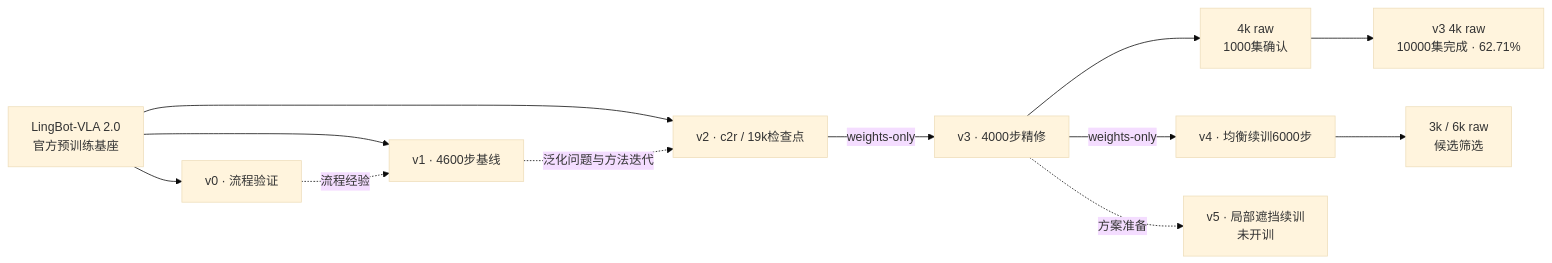
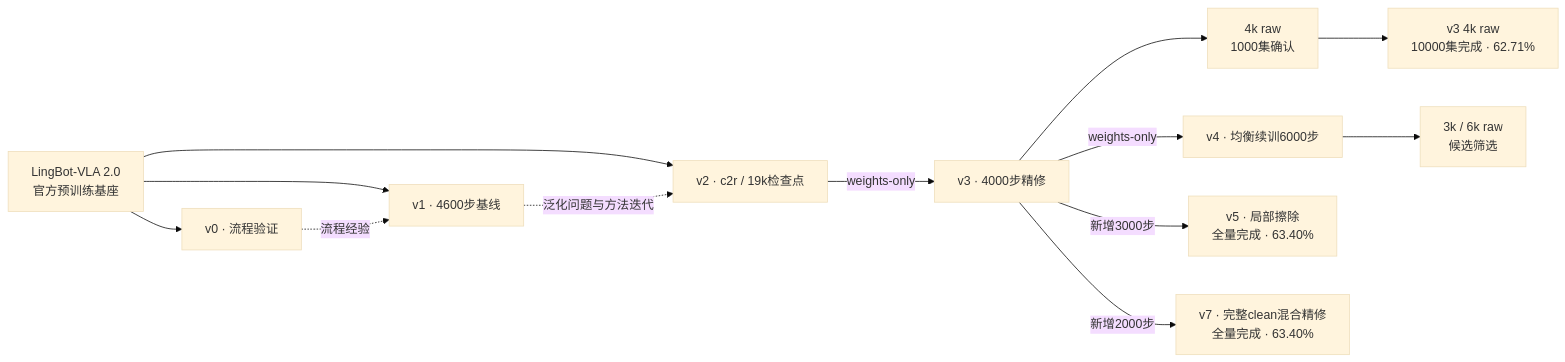
One commit to tlysanhuo/lingbot-vla-challenge changed the first of 2 diagrams in README.md. Above: the diagram before and after it, drawn with Mermaid (base theme). The commit also changed other lines of this file, not shown here.

Commit message:
Update final checkpoint lineage diagram

````diff
--- a/README.md
+++ b/README.md
@@ -103,15 +103,16 @@
 ```mermaid
 flowchart LR
     Base[LingBot-VLA 2.0<br/>官方预训练基座]
     Base --> V0[v0 · 流程验证]
     Base --> V1[v1 · 4600步基线]
     Base --> V2[v2 · c2r / 19k检查点]
     V2 -->|weights-only| V3[v3 · 4000步精修]
     V0 -.流程经验.-> V1
     V1 -.泛化问题与方法迭代.-> V2
     V3 --> Confirm[4k raw<br/>1000集确认]
     V3 -->|weights-only| V4[v4 · 均衡续训6000步]
     V4 --> Screen[3k / 6k raw<br/>候选筛选]
     Confirm --> Full[v3 4k raw<br/>10000集完成 · 62.71%]
-    V3 -.方案准备.-> V5[v5 · 局部遮挡续训<br/>未开训]
+    V3 -->|新增3000步| V5[v5 · 局部擦除<br/>全量完成 · 63.40%]
+    V3 -->|新增2000步| V7[v7 · 完整clean混合精修<br/>全量完成 · 63.40%]
 ```
````
